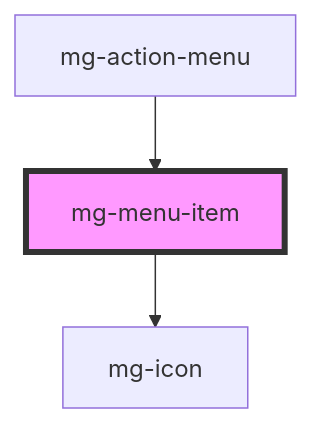
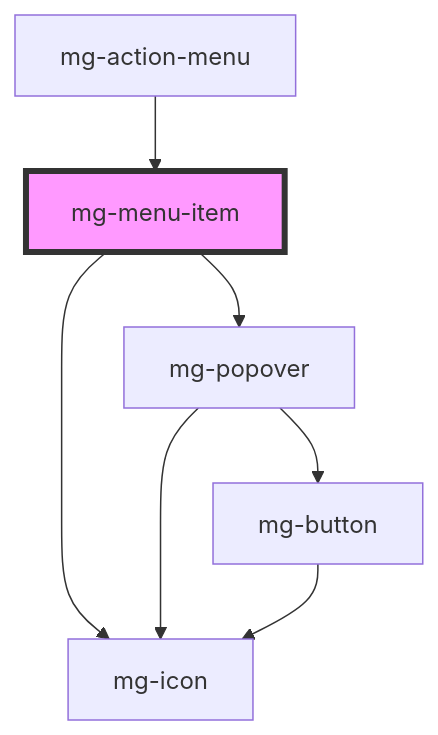
Before and after one commit to MGDIS/mg-components: the diagram in src/components/molecules/menu/mg-menu-item/readme.md, drawn with Mermaid. The commit also changed other lines of this file and 35 other files, not shown here.

First line of the commit message:
feat(mgMenu): manage expended with popover in horizontal menu

````diff
--- a/src/components/molecules/menu/mg-menu-item/readme.md
+++ b/src/components/molecules/menu/mg-menu-item/readme.md
@@ -207,6 +208,10 @@
 ```mermaid
 graph TD;
   mg-menu-item --> mg-icon
+  mg-menu-item --> mg-popover
+  mg-popover --> mg-button
+  mg-popover --> mg-icon
+  mg-button --> mg-icon
   mg-action-menu --> mg-menu-item
   style mg-menu-item fill:#f9f,stroke:#333,stroke-width:4px
 ```
````
